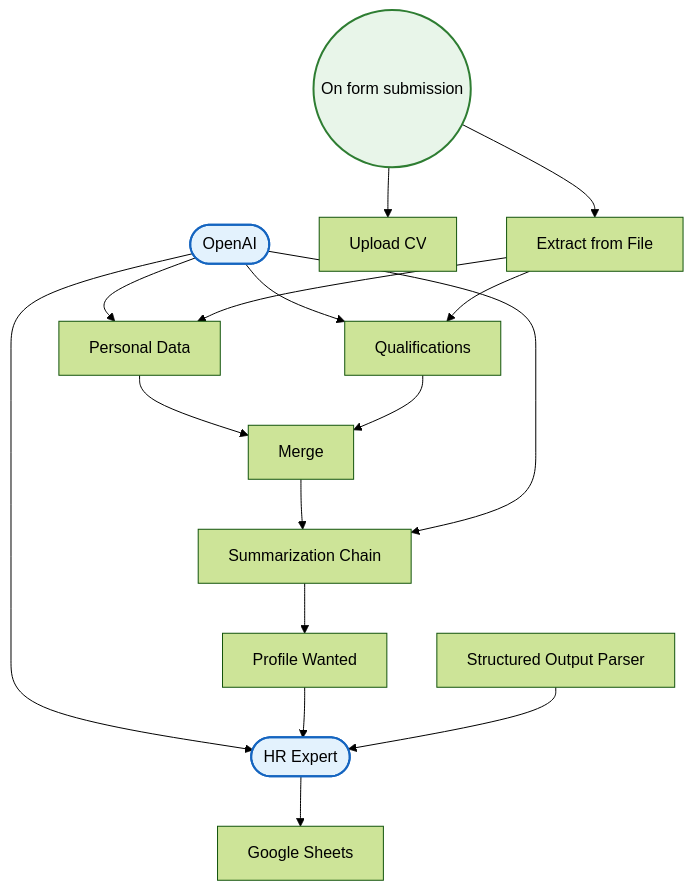
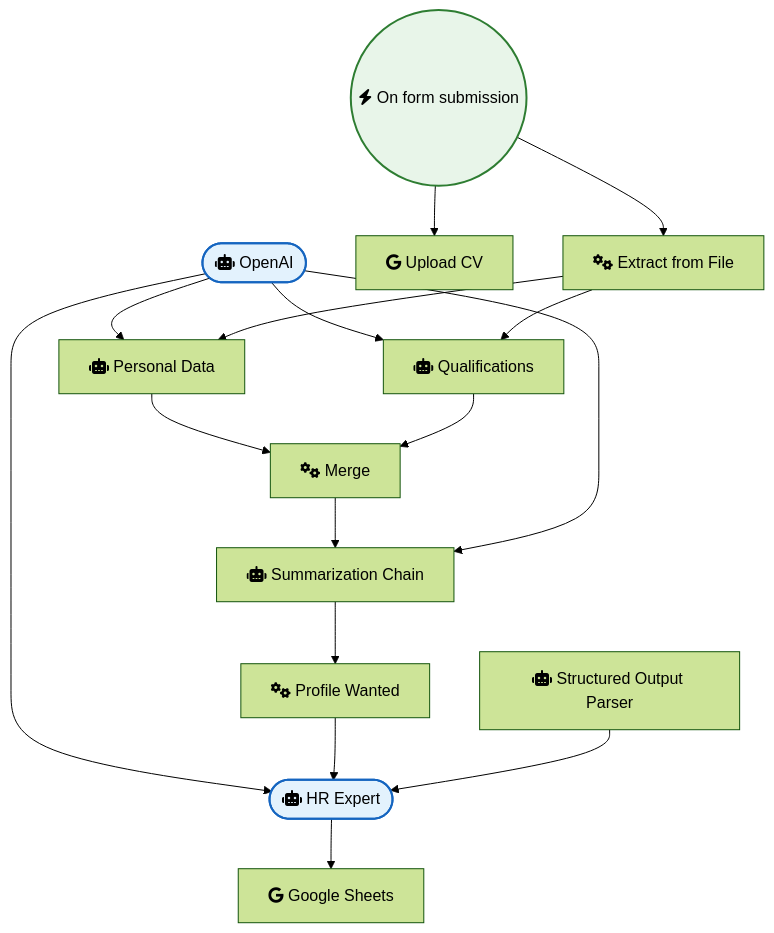
Before and after one commit to sreyash3105/N8N-DEMO-AUTOMATIONS: the diagram in OpenAI_and_LLMs/Hr-focused Automation Pipeline with Ai.md, drawn with Mermaid (forest theme). The commit also changed 291 other files, not shown here.

````diff
--- a/OpenAI_and_LLMs/Hr-focused Automation Pipeline with Ai.md
+++ b/OpenAI_and_LLMs/Hr-focused Automation Pipeline with Ai.md
@@ -1,35 +1,35 @@
 ```mermaid
 graph TD
     classDef trigger fill:#e8f5e9,stroke:#2e7d32,stroke-width:2px;
     classDef ai fill:#e3f2fd,stroke:#1565c0,stroke-width:2px;
     classDef logic fill:#fff3e0,stroke:#ef6c00,stroke-width:2px;
 
-    On_form_submission(("On form submission")):::trigger
-    Extract_from_File["Extract from File"]
-    Qualifications["Qualifications"]
-    Summarization_Chain["Summarization Chain"]
-    Merge["Merge"]
-    Profile_Wanted["Profile Wanted"]
-    Google_Sheets["Google Sheets"]
-    Structured_Output_Parser["Structured Output Parser"]
-    HR_Expert(["HR Expert"]):::ai
-    Personal_Data["Personal Data"]
-    Upload_CV["Upload CV"]
-    OpenAI(["OpenAI"]):::ai
+    On_form_submission(("fas:fa-bolt On form submission")):::trigger
+    Extract_from_File["fas:fa-cogs Extract from File"]
+    Qualifications["fas:fa-robot Qualifications"]
+    Summarization_Chain["fas:fa-robot Summarization Chain"]
+    Merge["fas:fa-cogs Merge"]
+    Profile_Wanted["fas:fa-cogs Profile Wanted"]
+    Google_Sheets["fab:fa-google Google Sheets"]
+    Structured_Output_Parser["fas:fa-robot Structured Output Parser"]
+    HR_Expert(["fas:fa-robot HR Expert"]):::ai
+    Personal_Data["fas:fa-robot Personal Data"]
+    Upload_CV["fab:fa-google Upload CV"]
+    OpenAI(["fas:fa-robot OpenAI"]):::ai
 
     Merge --> Summarization_Chain
     OpenAI --> Qualifications
     OpenAI --> Summarization_Chain
     OpenAI --> HR_Expert
     OpenAI --> Personal_Data
     HR_Expert --> Google_Sheets
     Personal_Data --> Merge
     Profile_Wanted --> HR_Expert
     Qualifications --> Merge
     Extract_from_File --> Qualifications
     Extract_from_File --> Personal_Data
     On_form_submission --> Extract_from_File
     On_form_submission --> Upload_CV
     Summarization_Chain --> Profile_Wanted
     Structured_Output_Parser --> HR_Expert
 ```
````
